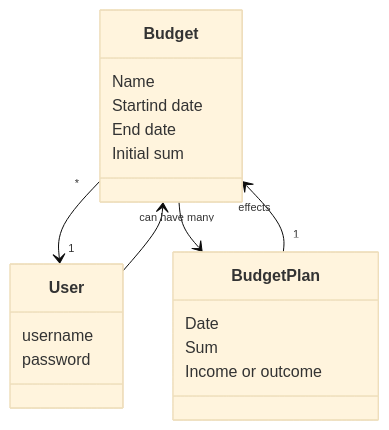
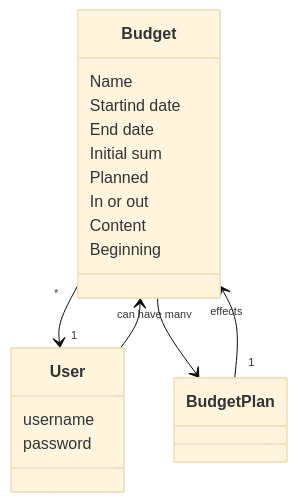
One commit to Vilivanh/ot-harjoitustyo changed the second of 5 diagrams in dokumentaatio/arkkitehtuuri.md. Above: the diagram before and after it, drawn with Mermaid (base theme). The commit also changed other lines of this file and 10 other files, not shown here.

````diff
--- a/dokumentaatio/arkkitehtuuri.md
+++ b/dokumentaatio/arkkitehtuuri.md
@@ -32,22 +32,21 @@
 ```mermaid
  classDiagram
       Budget "*" --> "1" User
       Budget --> BudgetPlan
       User --> "can have many" Budget
       BudgetPlan "1" -->  "effects" Budget
       class User{
           username
           password
       }
       class Budget{
           Name
           Startind date
           End date
           Initial sum
-      }
-      class BudgetPlan{
-          Date
-          Sum
-          Income or outcome
+          Planned
+          In or out
+          Content
+          Beginning          
       }
 ```
````
